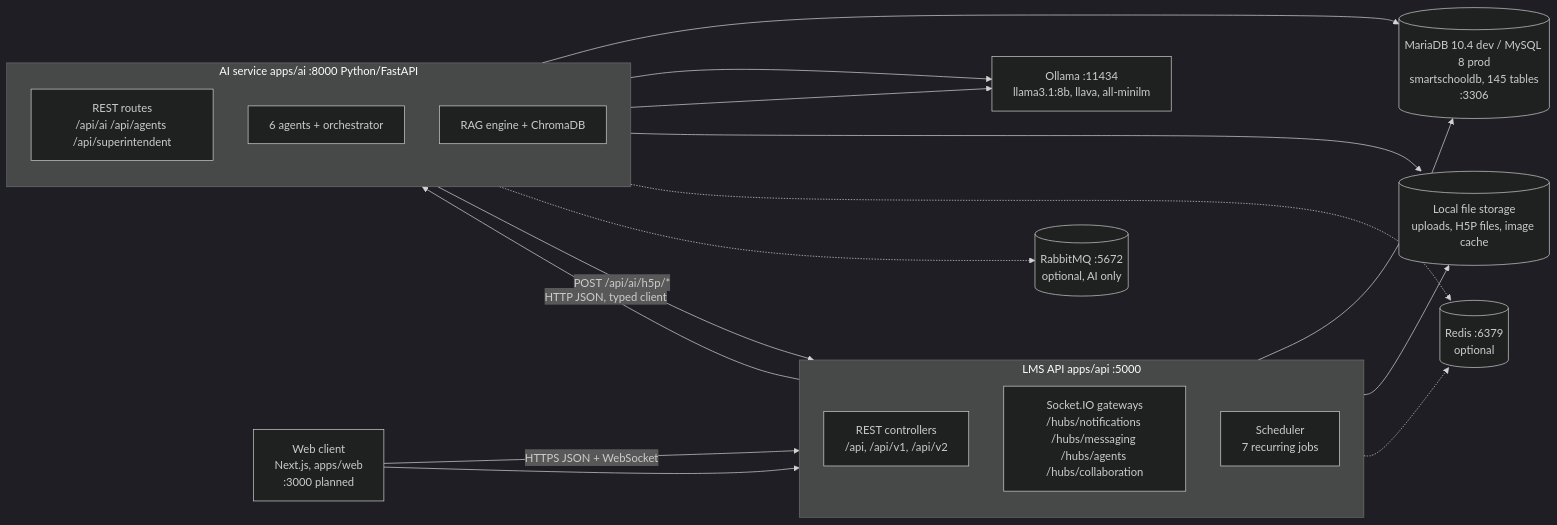
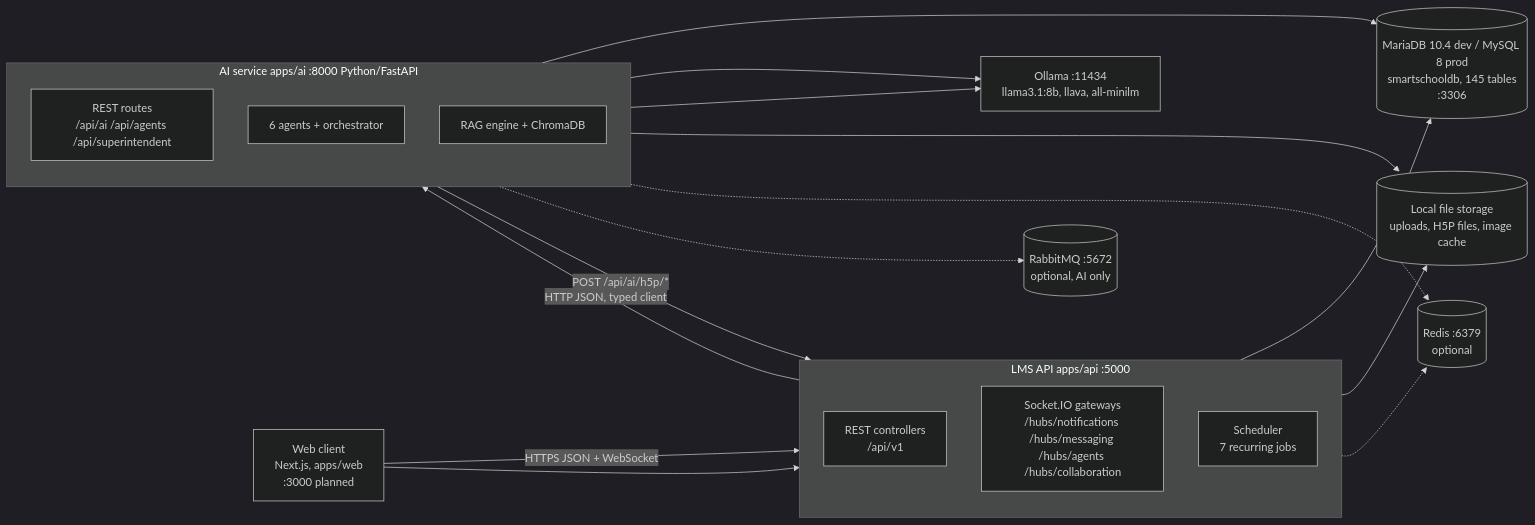
One commit to AG1L1TYx7/MySchool changed the second of 9 diagrams in docs/01-SYSTEM-ARCHITECTURE.md. Above: the diagram before and after it, drawn with Mermaid (dark theme). The commit also changed other lines of this file and 15 other files, not shown here.

````diff
--- a/docs/01-SYSTEM-ARCHITECTURE.md
+++ b/docs/01-SYSTEM-ARCHITECTURE.md
@@ -60,34 +60,34 @@
 ```mermaid
 flowchart LR
   WEB[Web client<br/>Next.js, apps/web<br/>:3000  planned]
   subgraph LMS[LMS API  apps/api  :5000]
     direction TB
-    API[REST controllers<br/>/api, /api/v1, /api/v2]
+    API[REST controllers<br/>/api/v1]
     HUB[Socket.IO gateways<br/>/hubs/notifications /hubs/messaging /hubs/agents /hubs/collaboration]
     JOB[Scheduler<br/>7 recurring jobs]
   end
   subgraph AIS[AI service  apps/ai  :8000  Python/FastAPI]
     direction TB
     AR[REST routes<br/>/api/ai /api/agents /api/superintendent]
     AG[6 agents + orchestrator]
     RAG[RAG engine + ChromaDB]
   end
   DB[(MariaDB 10.4 dev / MySQL 8 prod<br/>smartschooldb, 145 tables<br/>:3306)]
   OL[Ollama :11434<br/>llama3.1:8b, llava, all-minilm]
   FS[(Local file storage<br/>uploads, H5P files, image cache)]
   RD[(Redis :6379<br/>optional)]
   MQ[(RabbitMQ :5672<br/>optional, AI only)]
   WEB -->|HTTPS JSON + WebSocket| API
   WEB --> HUB
   API -->|HTTP JSON, typed client| AR
   AR -->|POST /api/ai/h5p/*| API
   API --> DB
   AR --> DB
   AR --> OL
   RAG --> OL
   API --> FS
   AR --> FS
   API -.-> RD
   AR -.-> RD
   AG -.-> MQ
 ```
````
